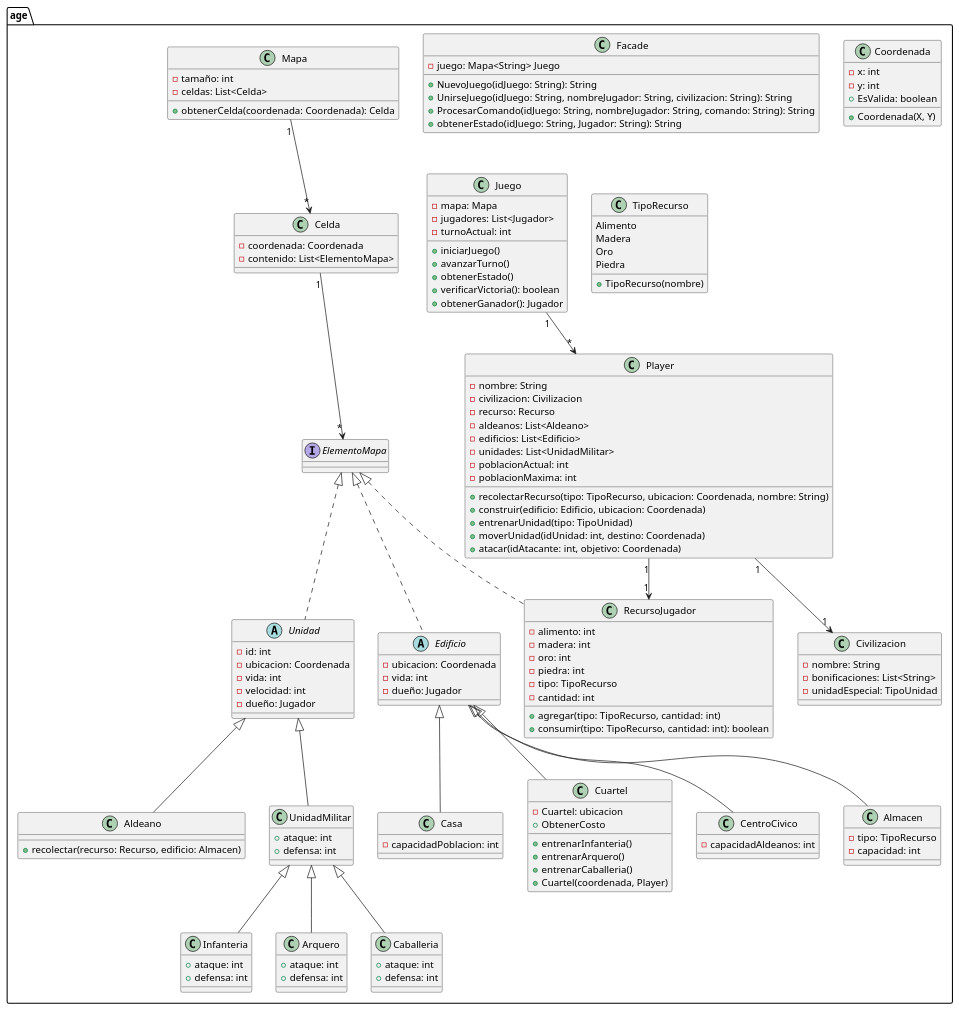
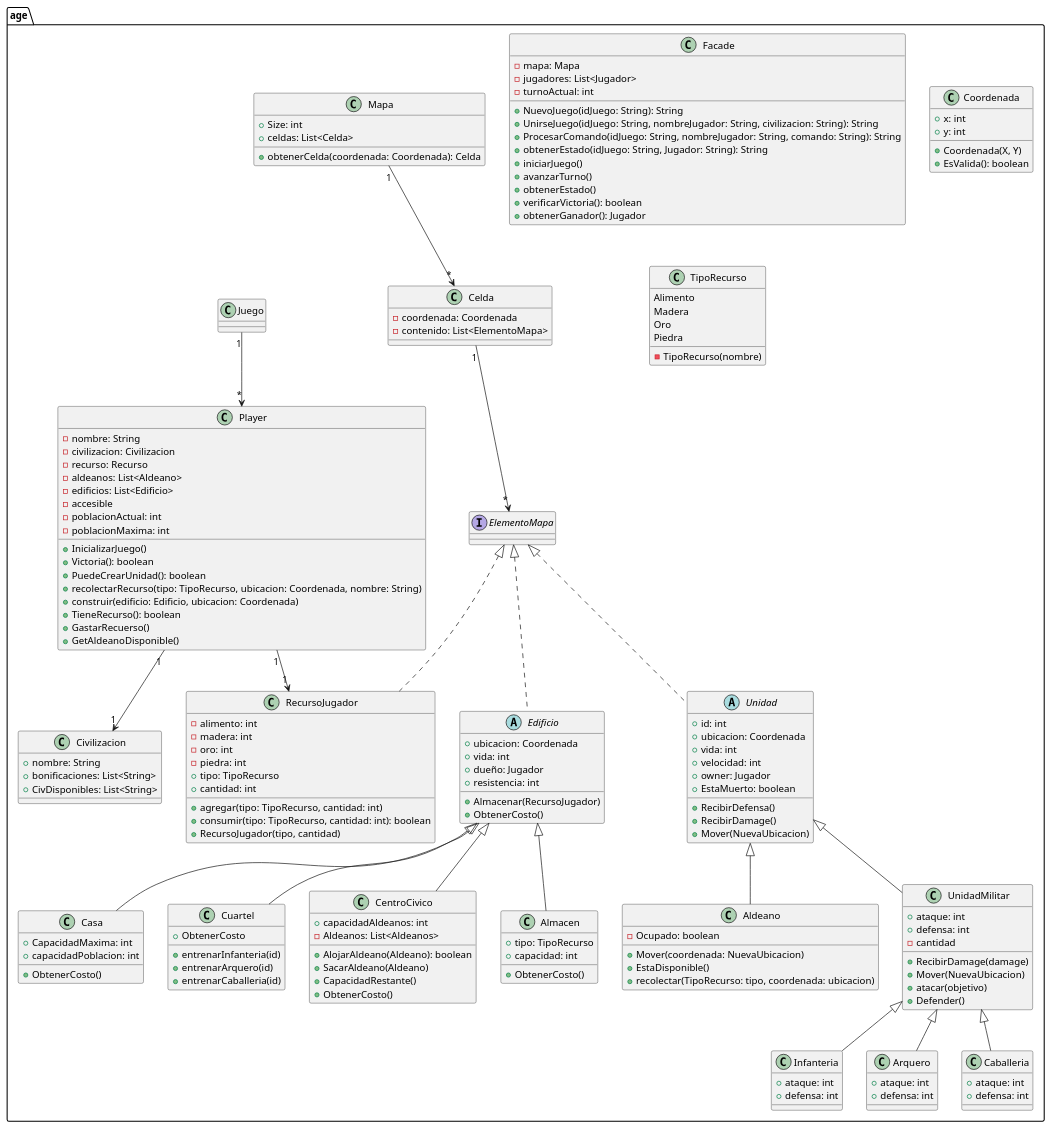
Before and after one commit to mcaetano7/proyectop22025: the diagram in src/scratch.puml, drawn with PlantUML.

Commit message:
UML arreglados

```diff
--- a/src/scratch.puml
+++ b/src/scratch.puml
@@ -1,156 +1,178 @@
 @startuml PIIProyecto2025
 
 
 package "age" {
 
     class Facade {
-    - juego: Mapa<String> Juego
     + NuevoJuego(idJuego: String): String
     + UnirseJuego(idJuego: String, nombreJugador: String, civilizacion: String): String
     + ProcesarComando(idJuego: String, nombreJugador: String, comando: String): String
     + obtenerEstado(idJuego: String, Jugador: String): String
-    }
-    
-    class Juego {
-        - mapa: Mapa
-        - jugadores: List<Jugador>
-        - turnoActual: int
-        + iniciarJuego()
-        + avanzarTurno()
-        + obtenerEstado()
-        + verificarVictoria(): boolean
-        + obtenerGanador(): Jugador
+    - mapa: Mapa
+    - jugadores: List<Jugador>
+    - turnoActual: int
+    + iniciarJuego()
+    + avanzarTurno()
+    + obtenerEstado()
+    + verificarVictoria(): boolean
+    + obtenerGanador(): Jugador
     }
 
     class Player {
         - nombre: String
         - civilizacion: Civilizacion
         - recurso: Recurso
         - aldeanos: List<Aldeano>
         - edificios: List<Edificio>
-        - unidades: List<UnidadMilitar>
+        - accesible
         - poblacionActual: int
         - poblacionMaxima: int
+        + InicializarJuego()
+        + Victoria(): boolean
+        + PuedeCrearUnidad(): boolean
         + recolectarRecurso(tipo: TipoRecurso, ubicacion: Coordenada, nombre: String)
         + construir(edificio: Edificio, ubicacion: Coordenada)
-        + entrenarUnidad(tipo: TipoUnidad)
-        + moverUnidad(idUnidad: int, destino: Coordenada)
-        + atacar(idAtacante: int, objetivo: Coordenada)
+        + TieneRecurso(): boolean
+        + GastarRecuerso()
+        + GetAldeanoDisponible()
     }
 
     class Mapa {
-        - tamaño: int
-        - celdas: List<Celda>
+        + Size: int
+        + celdas: List<Celda>
         + obtenerCelda(coordenada: Coordenada): Celda
     }
 
     class Celda {
         - coordenada: Coordenada
         - contenido: List<ElementoMapa>
     }
 
     class Coordenada {
-        - x: int
-        - y: int
+        + x: int
+        + y: int
         + Coordenada(X, Y)
-        + EsValida: boolean
+        + EsValida(): boolean
     }
 
     interface ElementoMapa {
     }
 
     class TipoRecurso {
         Alimento
         Madera
         Oro
         Piedra
-        + TipoRecurso(nombre)
+        - TipoRecurso(nombre)
     }
 
     class RecursoJugador implements ElementoMapa {
         - alimento: int
         - madera: int
         - oro: int
         - piedra: int
-        - tipo: TipoRecurso
-        - cantidad: int
+        + tipo: TipoRecurso
+        + cantidad: int
         + agregar(tipo: TipoRecurso, cantidad: int)
         + consumir(tipo: TipoRecurso, cantidad: int): boolean
+        + RecursoJugador(tipo, cantidad)
     }
 
     class Civilizacion {
-        - nombre: String
-        - bonificaciones: List<String>
-        - unidadEspecial: TipoUnidad
+        + nombre: String
+        + bonificaciones: List<String>
+        + CivDisponibles: List<String>
     }
 
     abstract class Edificio implements ElementoMapa {
-        - ubicacion: Coordenada
-        - vida: int
-        - dueño: Jugador
+        + ubicacion: Coordenada
+        + vida: int
+        + dueño: Jugador
+        + resistencia: int
+        + Almacenar(RecursoJugador)
+        + ObtenerCosto()
     }
 
     class CentroCivico extends Edificio {
-        - capacidadAldeanos: int
+        + capacidadAldeanos: int
+        - Aldeanos: List<Aldeanos>
+        + AlojarAldeano(Aldeano): boolean
+        + SacarAldeano(Aldeano)
+        + CapacidadRestante()
+        + ObtenerCosto()
     }
 
     class Almacen extends Edificio {
-        - tipo: TipoRecurso
-        - capacidad: int
+        + tipo: TipoRecurso
+        + capacidad: int
+        + ObtenerCosto()
     }
 
     class Casa extends Edificio {
-        - capacidadPoblacion: int
+        + CapacidadMaxima: int
+        + capacidadPoblacion: int
+        + ObtenerCosto()
     }
 
-    class Cuartel extends Edificio {
-        - Cuartel: ubicacion  
-        + entrenarInfanteria()
-        + entrenarArquero()
-        + entrenarCaballeria()
-        + Cuartel(coordenada, Player)
+    class Cuartel extends Edificio {  
+        + entrenarInfanteria(id)
+        + entrenarArquero(id)
+        + entrenarCaballeria(id)
         + ObtenerCosto 
     }
 
     abstract class Unidad implements ElementoMapa {
-        - id: int
-        - ubicacion: Coordenada
-        - vida: int
-        - velocidad: int
-        - dueño: Jugador
+        + id: int
+        + ubicacion: Coordenada
+        + vida: int
+        + velocidad: int
+        + owner: Jugador
+        + EstaMuerto: boolean
+        + RecibirDefensa()
+        + RecibirDamage()
+        + Mover(NuevaUbicacion)
     }
 
     class Aldeano extends Unidad {
-        + recolectar(recurso: Recurso, edificio: Almacen)
+        - Ocupado: boolean
+        + Mover(coordenada: NuevaUbicacion)
+        + EstaDisponible()
+        + recolectar(TipoRecurso: tipo, coordenada: ubicacion)
     }
 
     class UnidadMilitar extends Unidad {
         + ataque: int
         + defensa: int
+        - cantidad
+        + RecibirDamage(damage)
+        + Mover(NuevaUbicacion)
+        + atacar(objetivo)
+        + Defender()
+         
     }
 
     class Infanteria extends UnidadMilitar {
         + ataque: int 
         + defensa: int
     
     }
 
     class Arquero extends UnidadMilitar {
         + ataque: int 
         + defensa: int 
     }
 
     class Caballeria extends UnidadMilitar {
         + ataque: int 
         + defensa: int 
     }
     
     Juego "1" --> "*" Player
     Player "1" --> "1" Civilizacion
     Player "1" --> "1" RecursoJugador
     Mapa "1" --> "*" Celda
     Celda "1" --> "*" ElementoMapa
 
 }
 
 @enduml
```
